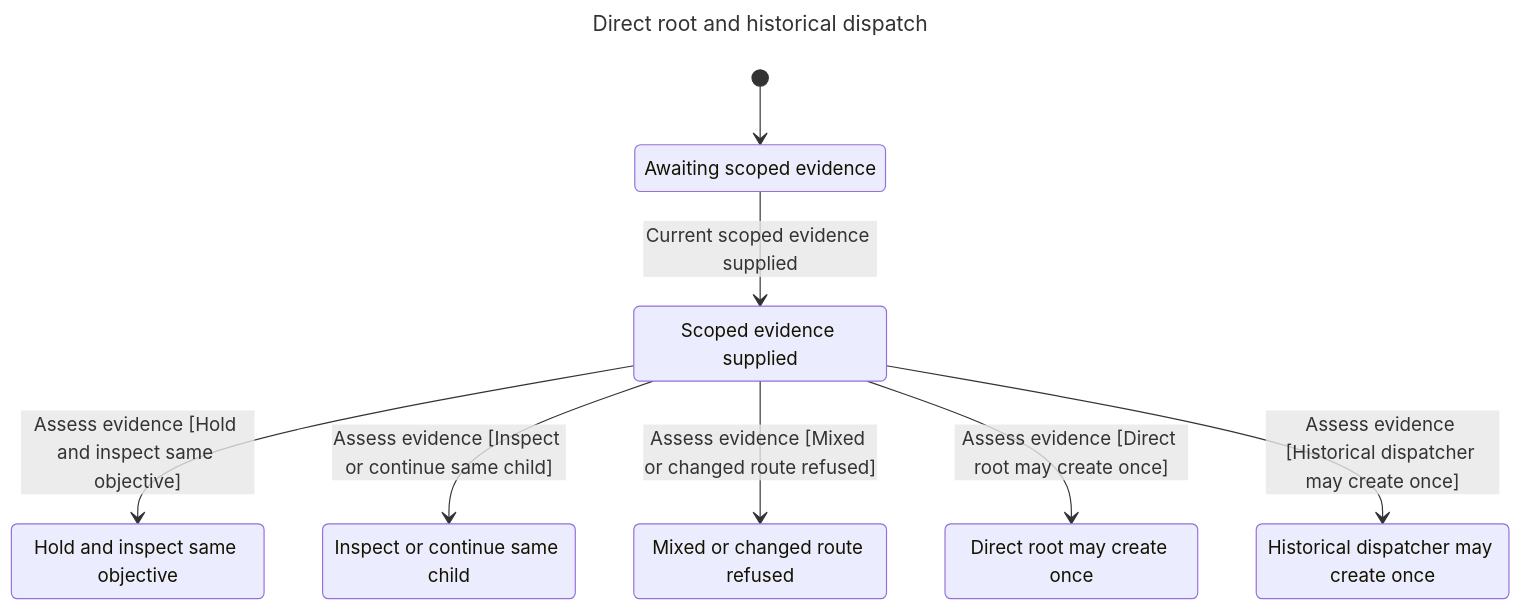
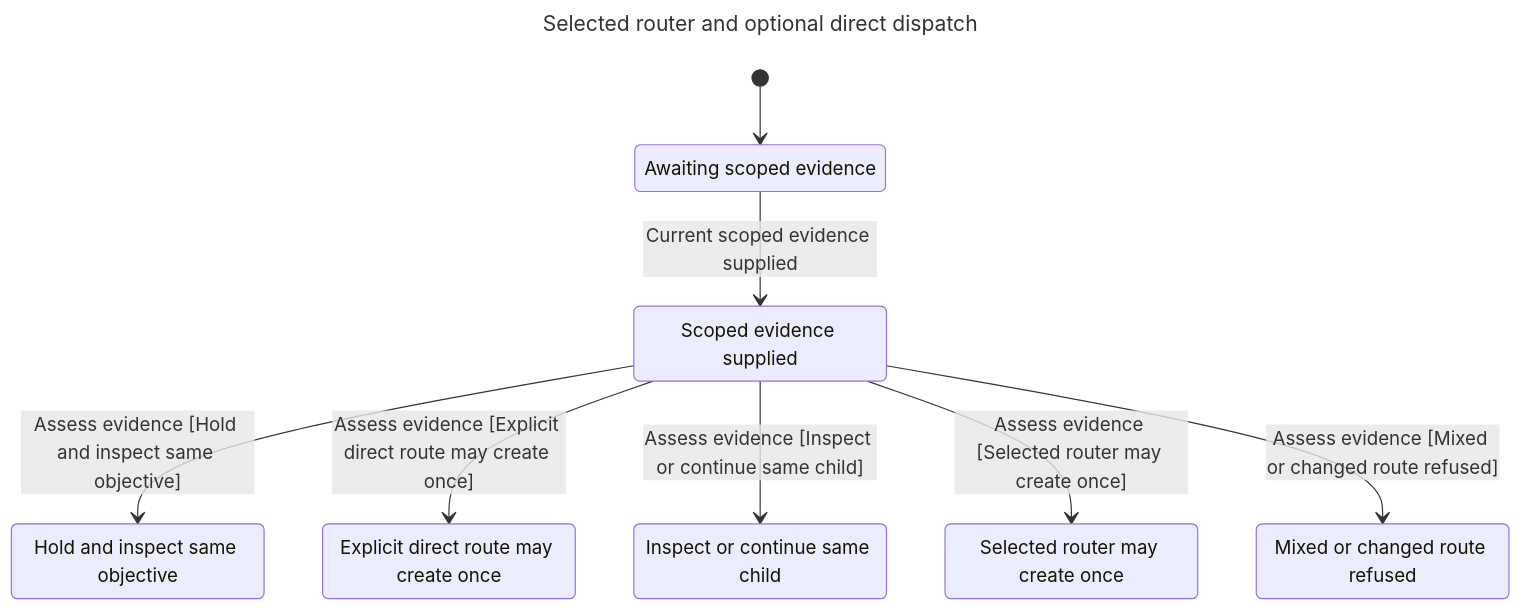
Before and after one commit to jerome-queck/emmy: the diagram in verification/direct-dispatch/chart.mmd, drawn with Mermaid. The commit also changed 18 other files, not shown here.

```diff
--- a/verification/direct-dispatch/chart.mmd
+++ b/verification/direct-dispatch/chart.mmd
@@ -1,18 +1,18 @@
 ---
-title: "Direct root and historical dispatch"
+title: "Selected router and optional direct dispatch"
 ---
 stateDiagram-v2
   s0: Awaiting scoped evidence
   s1: Scoped evidence supplied
-  s2: Inspect or continue same child
-  s3: Hold and inspect same objective
-  s4: Mixed or changed route refused
-  s5: Direct root may create once
-  s6: Historical dispatcher may create once
+  s2: Hold and inspect same objective
+  s3: Explicit direct route may create once
+  s4: Inspect or continue same child
+  s5: Selected router may create once
+  s6: Mixed or changed route refused
   [*] --> s0
   s0 --> s1: Current scoped evidence supplied
-  s1 --> s3: Assess evidence [Hold and inspect same objective]
-  s1 --> s2: Assess evidence [Inspect or continue same child]
-  s1 --> s4: Assess evidence [Mixed or changed route refused]
-  s1 --> s5: Assess evidence [Direct root may create once]
-  s1 --> s6: Assess evidence [Historical dispatcher may create once]
+  s1 --> s2: Assess evidence [Hold and inspect same objective]
+  s1 --> s3: Assess evidence [Explicit direct route may create once]
+  s1 --> s4: Assess evidence [Inspect or continue same child]
+  s1 --> s5: Assess evidence [Selected router may create once]
+  s1 --> s6: Assess evidence [Mixed or changed route refused]
```
